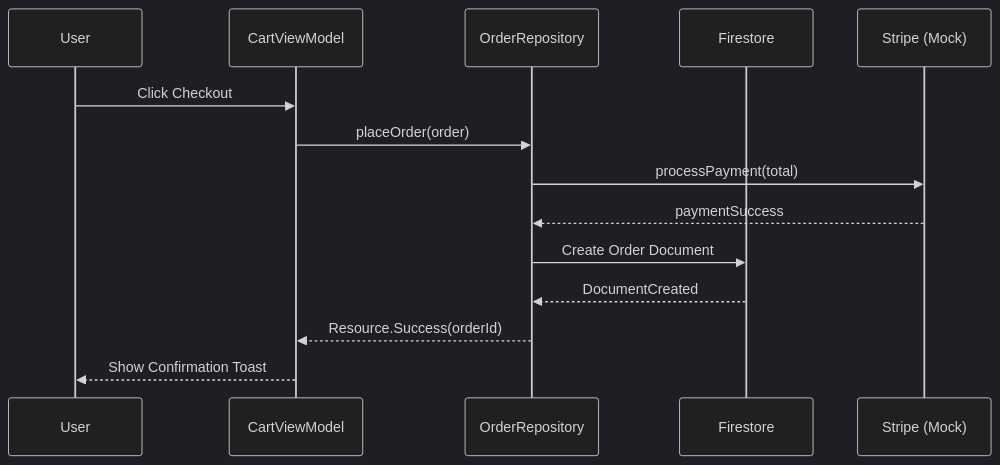
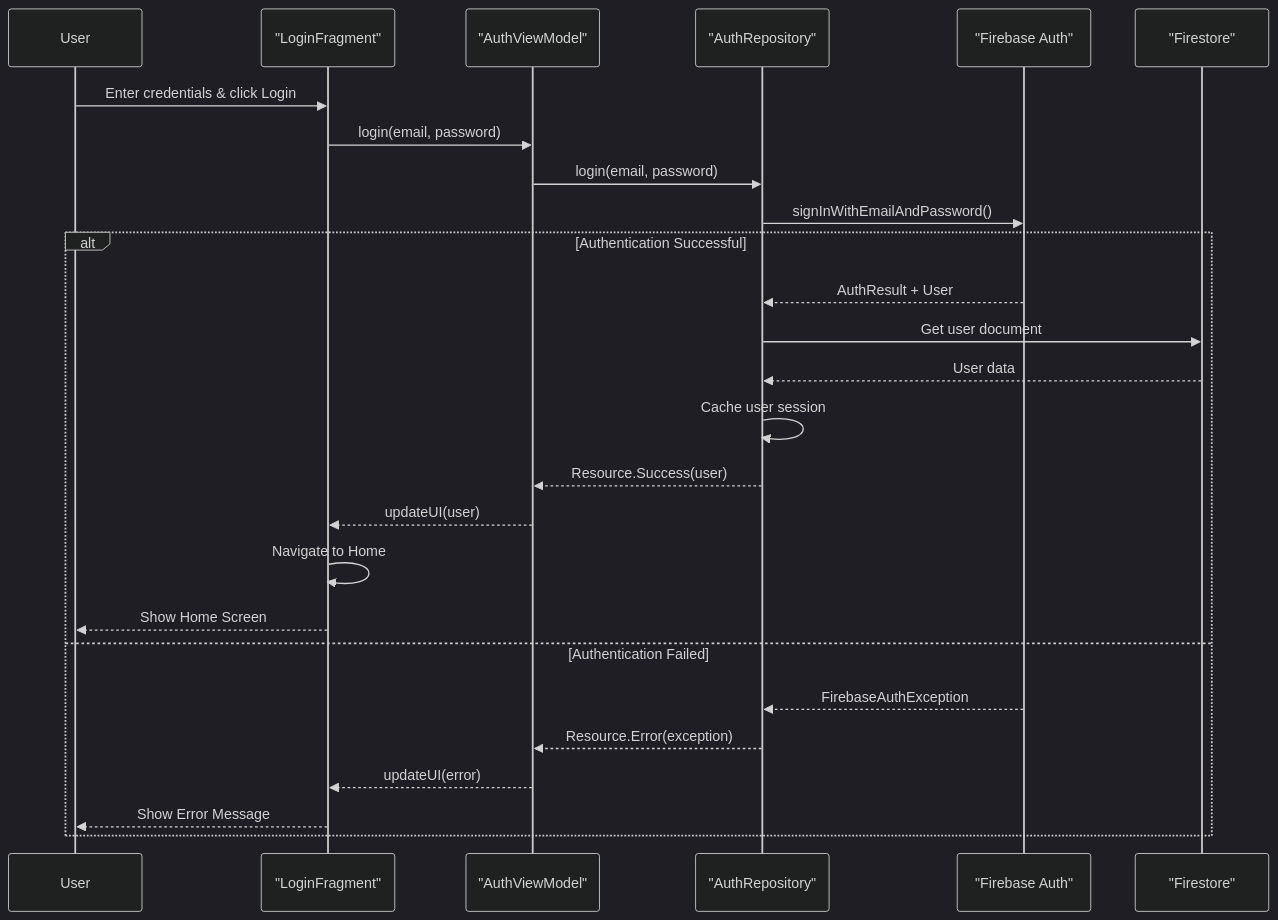
The fifth of 11 diagrams in docs/diagrams/diagrams.md (FrancKINANI/ShopEasy), drawn with Mermaid (dark theme) before and after one commit. The commit also changed other lines of this file and 45 other files, not shown here.

````diff
--- a/docs/diagrams/diagrams.md
+++ b/docs/diagrams/diagrams.md
@@ -101,17 +457,31 @@
 ```mermaid
 sequenceDiagram
-    participant U as User
-    participant V as CartViewModel
-    participant R as OrderRepository
-    participant F as Firestore
-    participant S as Stripe (Mock)
+    participant User
+    participant App as "LoginFragment"
+    participant VM as "AuthViewModel"
+    participant Repo as "AuthRepository"
+    participant FB as "Firebase Auth"
+    participant FS as "Firestore"
 
-    U->>V: Click Checkout
-    V->>R: placeOrder(order)
-    R->>S: processPayment(total)
-    S-->>R: paymentSuccess
-    R->>F: Create Order Document
-    F-->>R: DocumentCreated
-    R-->>V: Resource.Success(orderId)
-    V-->>U: Show Confirmation Toast
+    User->>App: Enter credentials & click Login
+    App->>VM: login(email, password)
+    
+    VM->>Repo: login(email, password)
+    Repo->>FB: signInWithEmailAndPassword()
+    
+    alt Authentication Successful
+        FB-->>Repo: AuthResult + User
+        Repo->>FS: Get user document
+        FS-->>Repo: User data
+        Repo->>Repo: Cache user session
+        Repo-->>VM: Resource.Success(user)
+        VM-->>App: updateUI(user)
+        App->>App: Navigate to Home
+        App-->>User: Show Home Screen
+    else Authentication Failed
+        FB-->>Repo: FirebaseAuthException
+        Repo-->>VM: Resource.Error(exception)
+        VM-->>App: updateUI(error)
+        App-->>User: Show Error Message
+    end
 ```
````
